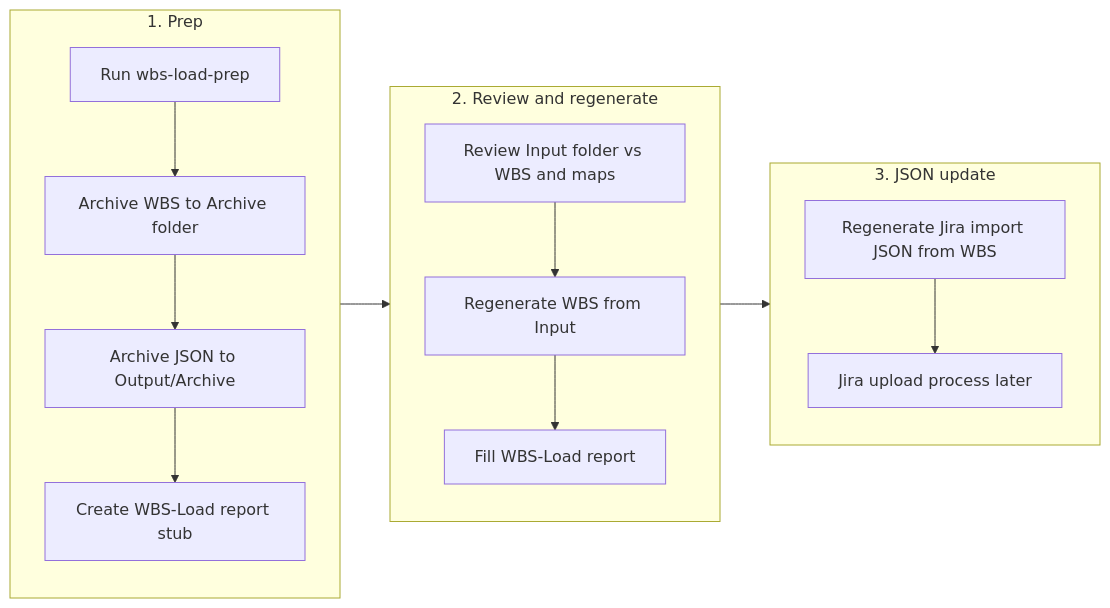
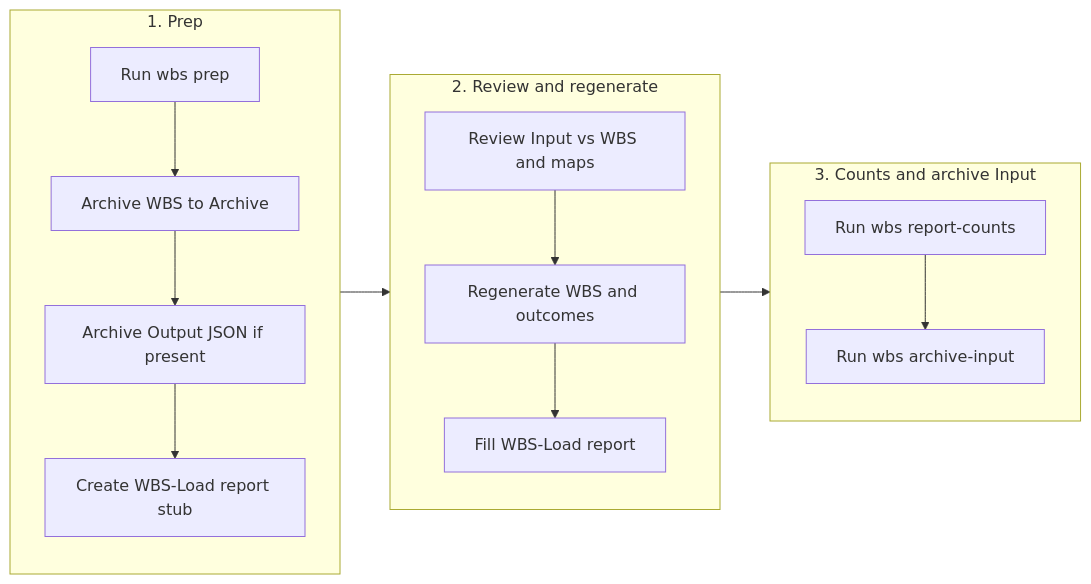
Before and after one commit to ndkramer/DMSi-Ops-Readiness-II-Plan: the first of 2 diagrams in Documentation/WBS-Update-Pattern.md, drawn with Mermaid. The commit also changed other lines of this file and 64 other files, not shown here.

First line of the commit message:
WBS/Jira workflow: Input-only default, Load-Snapshot, PA WBS load 04-23-2026

````diff
--- a/Documentation/WBS-Update-Pattern.md
+++ b/Documentation/WBS-Update-Pattern.md
@@ -18,24 +18,25 @@
 ```mermaid
 flowchart LR
   subgraph prep [1. Prep]
-    RunScript[Run wbs-load-prep]
-    ArchiveWBS[Archive WBS to Archive folder]
-    ArchiveJSON[Archive JSON to Output/Archive]
+    RunScript[Run wbs prep]
+    ArchiveWBS[Archive WBS to Archive]
+    ArchiveJSON[Archive Output JSON if present]
     CreateStub[Create WBS-Load report stub]
     RunScript --> ArchiveWBS --> ArchiveJSON --> CreateStub
   end
 
   subgraph review [2. Review and regenerate]
-    ReviewInput[Review Input folder vs WBS and maps]
-    RegenWBS[Regenerate WBS from Input]
+    ReviewInput[Review Input vs WBS and maps]
+    RegenWBS[Regenerate WBS and outcomes]
     FillReport[Fill WBS-Load report]
     ReviewInput --> RegenWBS --> FillReport
   end
 
-  subgraph jsonStep [3. JSON update]
-    RegenJSON[Regenerate Jira import JSON from WBS]
-    RegenJSON --> JiraLater[Jira upload process later]
+  subgraph finish [3. Counts and archive Input]
+    Counts[Run wbs report-counts]
+    MoveInput[Run wbs archive-input]
+    Counts --> MoveInput
   end
 
-  prep --> review --> jsonStep
+  prep --> review --> finish
 ```
````
